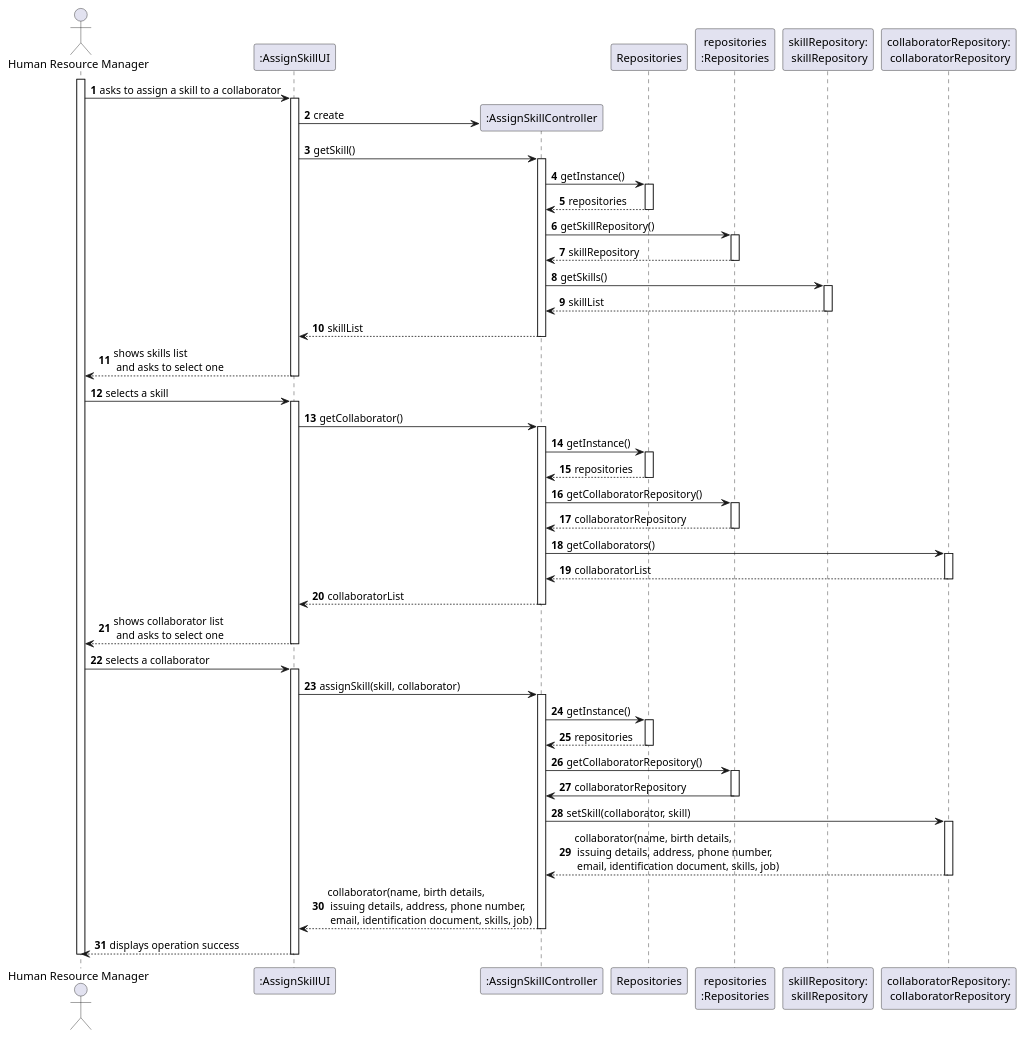
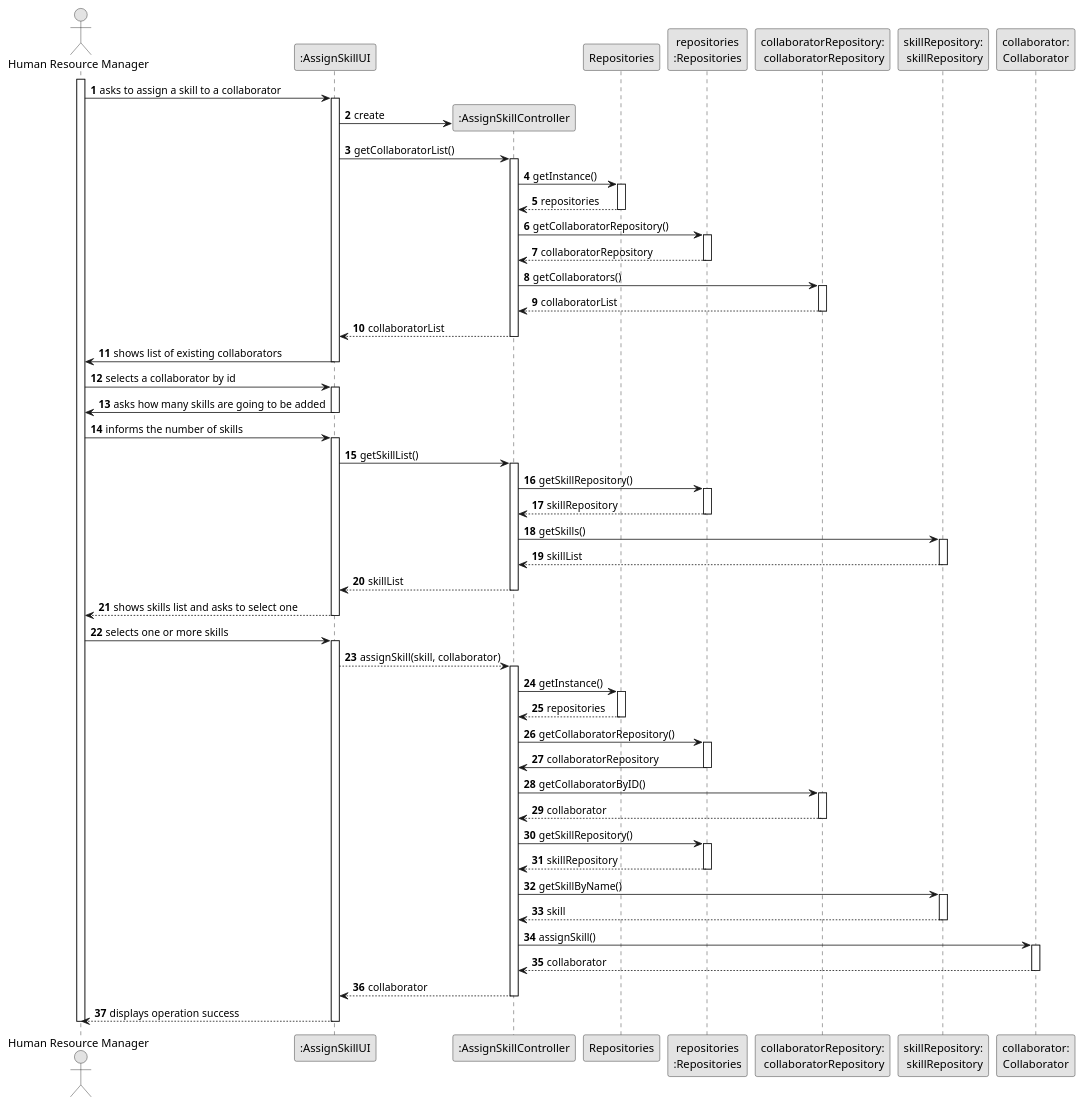
The diagram in docs/sprintB/us004/03.design/puml/us004-sequence-diagram-full.puml (Departamento-de-Engenharia-Informatica/lei-24-s2-1dl-g121), drawn with PlantUML before and after one commit. The commit also changed 11 other files, not shown here.

```diff
--- a/docs/sprintB/us004/03.design/puml/us004-sequence-diagram-full.puml
+++ b/docs/sprintB/us004/03.design/puml/us004-sequence-diagram-full.puml
@@ -1,115 +1,135 @@
 @startuml
-skinparam monochrome false
+skinparam monochrome true
 skinparam packageStyle rectangle
 skinparam shadowing false
 
 autonumber
 
 'hide footbox
 actor "Human Resource Manager" as ADM
 participant ":AssignSkillUI" as UI
 participant ":AssignSkillController" as CTRL
 participant "Repositories" as RepositorySingleton
 participant "repositories\n:Repositories" as PLAT
+participant "collaboratorRepository:\n collaboratorRepository" as collaboratorRepository
 participant "skillRepository:\n skillRepository" as skillRepository
-participant "collaboratorRepository:\n collaboratorRepository" as collaboratorRepository
-
+participant "collaborator:\nCollaborator" as collaborator
 
 activate ADM
 
         ADM -> UI : asks to assign a skill to a collaborator
 
         activate UI
 
-'            UI --> ADM : requests data (reference, description,  informal \n description, technical description, duration, cost)
-            'create CTRL
-            UI -> CTRL** : create
+        UI -> CTRL** : create
 
-            UI -> CTRL : getSkill()
+        UI -> CTRL : getCollaboratorList()
+                    activate CTRL
+
+                        CTRL -> RepositorySingleton : getInstance()
+                                        activate RepositorySingleton
+
+                                            RepositorySingleton --> CTRL: repositories
+                                        deactivate RepositorySingleton
+
+                        CTRL -> PLAT : getCollaboratorRepository()
+                        activate PLAT
+
+                            PLAT --> CTRL: collaboratorRepository
+                        deactivate PLAT
+
+                        CTRL -> collaboratorRepository : getCollaborators()
+                        activate collaboratorRepository
+
+                            collaboratorRepository --> CTRL : collaboratorList
+                        deactivate collaboratorRepository
+
+                        CTRL --> UI : collaboratorList
+                    deactivate CTRL
+
+        UI -> ADM : shows list of existing collaborators
+        deactivate UI
+
+        ADM -> UI : selects a collaborator by id
+        activate UI
+
+        UI -> ADM : asks how many skills are going to be added
+        deactivate UI
+
+        ADM -> UI : informs the number of skills
+        activate UI
+
+            UI -> CTRL : getSkillList()
             activate CTRL
 
-                CTRL -> RepositorySingleton : getInstance()
-                activate RepositorySingleton
 
-                    RepositorySingleton --> CTRL: repositories
-                deactivate RepositorySingleton
 
                 CTRL -> PLAT : getSkillRepository()
                 activate PLAT
 
                     PLAT --> CTRL: skillRepository
                 deactivate PLAT
 
                 CTRL -> skillRepository : getSkills()
                 activate skillRepository
 
                     skillRepository --> CTRL : skillList
                 deactivate skillRepository
 
                 CTRL --> UI : skillList
             deactivate CTRL
 
-            UI --> ADM : shows skills list\n and asks to select one
+            UI --> ADM : shows skills list and asks to select one
         deactivate UI
 
-    ADM -> UI : selects a skill
+    ADM -> UI : selects one or more skills
     activate UI
 
-            UI -> CTRL : getCollaborator()
-            activate CTRL
-
-                CTRL -> RepositorySingleton : getInstance()
-                activate RepositorySingleton
-
-                    RepositorySingleton --> CTRL: repositories
-                deactivate RepositorySingleton
-
-                CTRL -> PLAT : getCollaboratorRepository()
-                activate PLAT
-
-                    PLAT --> CTRL: collaboratorRepository
-                deactivate PLAT
-
-                CTRL -> collaboratorRepository : getCollaborators()
-                activate collaboratorRepository
-
-                    collaboratorRepository --> CTRL : collaboratorList
-                deactivate collaboratorRepository
-
-                CTRL --> UI : collaboratorList
-            deactivate CTRL
-
-        UI --> ADM : shows collaborator list\n and asks to select one
-    deactivate UI
-
-    ADM -> UI : selects a collaborator
-    activate UI
-
-        UI -> CTRL : assignSkill(skill, collaborator)
+        UI --> CTRL : assignSkill(skill, collaborator)
         activate CTRL
 
                 CTRL -> RepositorySingleton : getInstance()
                 activate RepositorySingleton
 
                     RepositorySingleton --> CTRL: repositories
                 deactivate RepositorySingleton
 
                 CTRL -> PLAT : getCollaboratorRepository()
                 activate PLAT
 
                     PLAT -> CTRL : collaboratorRepository
                 deactivate PLAT
 
-                CTRL -> collaboratorRepository : setSkill(collaborator, skill)
+                CTRL -> collaboratorRepository : getCollaboratorByID()
                 activate collaboratorRepository
 
-                    collaboratorRepository --> CTRL : collaborator(name, birth details,\n issuing details, address, phone number,\n email, identification document, skills, job)
+                    collaboratorRepository --> CTRL : collaborator
                 deactivate collaboratorRepository
-                    CTRL --> UI : collaborator(name, birth details,\n issuing details, address, phone number,\n email, identification document, skills, job)
+
+                CTRL -> PLAT : getSkillRepository()
+                activate PLAT
+
+                    PLAT --> CTRL : skillRepository
+                deactivate PLAT
+
+                CTRL -> skillRepository : getSkillByName()
+                activate skillRepository
+
+                    skillRepository --> CTRL : skill
+                deactivate skillRepository
+
+                CTRL -> collaborator : assignSkill()
+                activate collaborator
+
+                    collaborator --> CTRL : collaborator
+                deactivate collaborator
+
+                CTRL --> UI : collaborator
             deactivate CTRL
+
             UI --> ADM: displays operation success
     deactivate UI
 
 deactivate ADM
 
 @enduml
```
